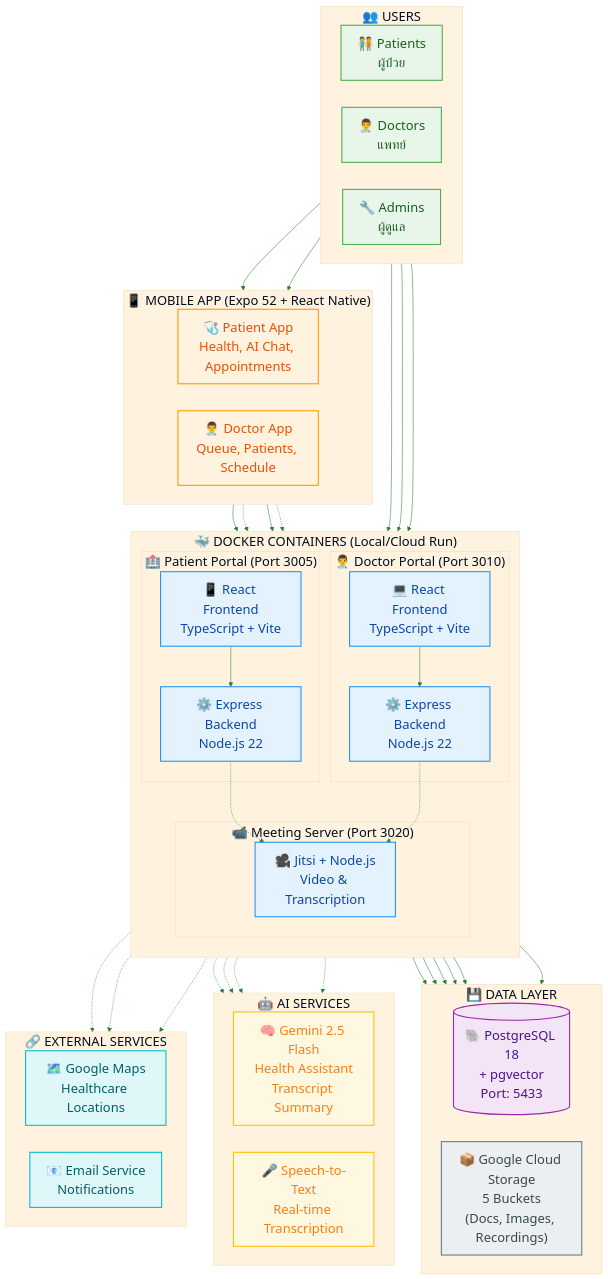
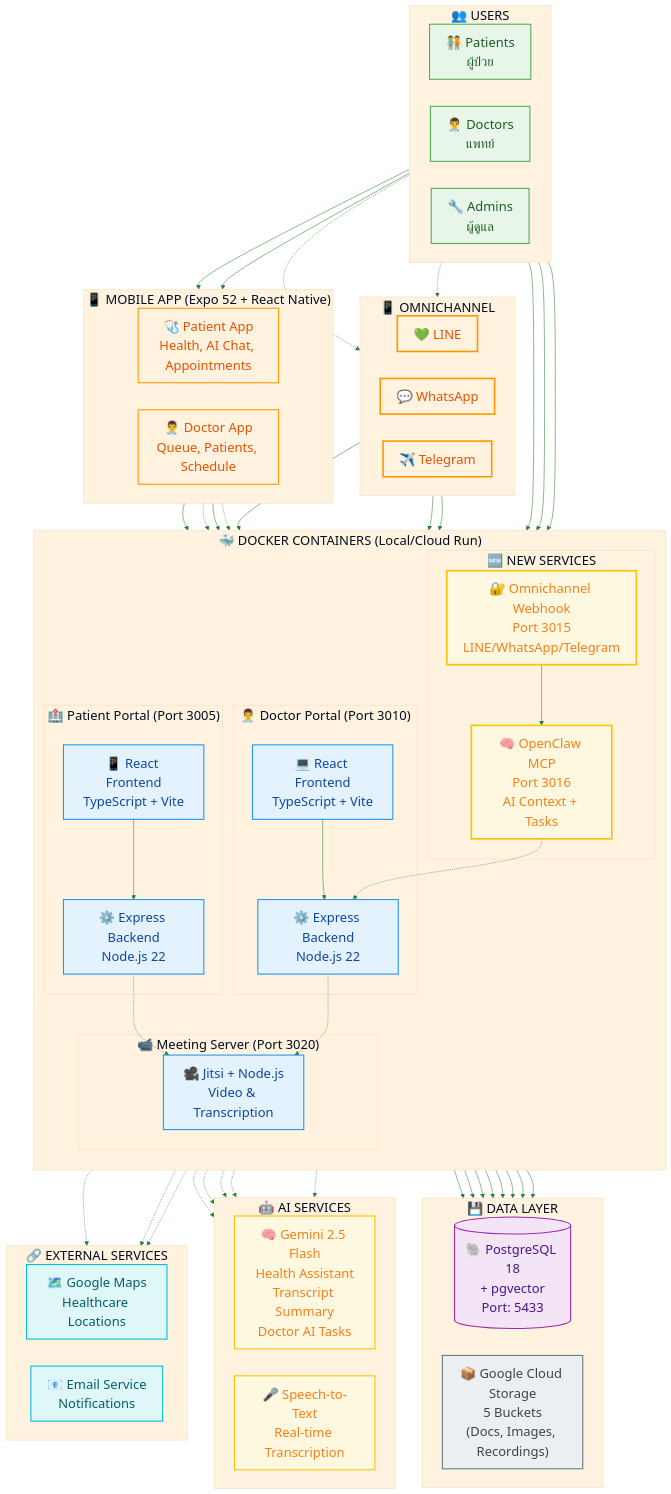
One commit to chiraleo2000/Isara-Anywhere changed the diagram in Presentations/diagrams/01-system-architecture.mmd. Above: the diagram before and after it, drawn with Mermaid. The commit also changed 11 other files, not shown here.

Commit message:
docs: update Presentations folder with DBML v5.1, new omnichannel diagrams, CHANGELOG

```diff
--- a/Presentations/diagrams/01-system-architecture.mmd
+++ b/Presentations/diagrams/01-system-architecture.mmd
@@ -1,118 +1,148 @@
 %%{init: {
   'theme': 'base',
   'themeVariables': {
     'primaryColor': '#E8F5E9',
     'primaryTextColor': '#1B5E20',
     'primaryBorderColor': '#4CAF50',
     'lineColor': '#2E7D32',
     'secondaryColor': '#E3F2FD',
     'tertiaryColor': '#FFF3E0',
     'fontSize': '24px',
     'fontFamily': 'Segoe UI, Arial'
   }
 }}%%
 
 flowchart TB
     subgraph USERS["👥 USERS"]
         direction LR
         P["🧑‍🤝‍🧑 Patients<br/>ผู้ป่วย"]
         D["👨‍⚕️ Doctors<br/>แพทย์"]
         A["🔧 Admins<br/>ผู้ดูแล"]
     end
 
+    subgraph OMNI_CHANNELS["📱 OMNICHANNEL"]
+        direction LR
+        LINE["💚 LINE"]
+        WHATSAPP["💬 WhatsApp"]
+        TELEGRAM["✈️ Telegram"]
+    end
+
     subgraph MOBILE["📱 MOBILE APP (Expo 52 + React Native)"]
         direction LR
         M_PAT["🩺 Patient App<br/>Health, AI Chat, Appointments"]
         M_DOC["👨‍⚕️ Doctor App<br/>Queue, Patients, Schedule"]
     end
 
     subgraph CONTAINERS["🐳 DOCKER CONTAINERS (Local/Cloud Run)"]
         direction TB
+        subgraph NEW_SERVICES["🆕 NEW SERVICES"]
+            OMNI_WH["🔐 Omnichannel Webhook<br/>Port 3015<br/>LINE/WhatsApp/Telegram"]
+            OPENCLAW["🧠 OpenClaw MCP<br/>Port 3016<br/>AI Context + Tasks"]
+        end
         subgraph PP_CONT["🏥 Patient Portal (Port 3005)"]
             PP_FE["📱 React Frontend<br/>TypeScript + Vite"]
             PP_BE["⚙️ Express Backend<br/>Node.js 22"]
         end
         subgraph DP_CONT["👨‍⚕️ Doctor Portal (Port 3010)"]
             DP_FE["💻 React Frontend<br/>TypeScript + Vite"]
             DP_BE["⚙️ Express Backend<br/>Node.js 22"]
         end
         subgraph MS_CONT["📹 Meeting Server (Port 3020)"]
             MS["🎥 Jitsi + Node.js<br/>Video & Transcription"]
         end
     end
 
     subgraph DATA_LAYER["💾 DATA LAYER"]
         direction LR
         POSTGRES[("🐘 PostgreSQL 18<br/>+ pgvector<br/>Port: 5433")]
         GCS["📦 Google Cloud Storage<br/>5 Buckets<br/>(Docs, Images, Recordings)"]
     end
 
     subgraph AI_SERVICES["🤖 AI SERVICES"]
         direction LR
-        GEMINI["🧠 Gemini 2.5 Flash<br/>Health Assistant<br/>Transcript Summary"]
+        GEMINI["🧠 Gemini 2.5 Flash<br/>Health Assistant<br/>Transcript Summary<br/>Doctor AI Tasks"]
         STT["🎤 Speech-to-Text<br/>Real-time Transcription"]
     end
 
     subgraph EXTERNAL["🔗 EXTERNAL SERVICES"]
         direction LR
         MAPS["🗺️ Google Maps<br/>Healthcare Locations"]
         EMAIL["📧 Email Service<br/>Notifications"]
     end
 
+    %% Omnichannel connections
+    LINE --> OMNI_WH
+    WHATSAPP --> OMNI_WH
+    TELEGRAM --> OMNI_WH
+    
+    OMNI_WH --> OPENCLAW
+    OPENCLAW -.-> GEMINI
+    OPENCLAW --> GCS
+
     %% User connections
     P --> PP_FE
     P --> M_PAT
+    P -.-> LINE
+    P -.-> WHATSAPP
     D --> DP_FE
     D --> M_DOC
     A --> DP_FE
 
     %% Mobile to Backend
     M_PAT --> PP_BE
     M_PAT -.-> MS
     M_DOC --> DP_BE
     M_DOC -.-> MS
 
     %% Frontend to Backend
     PP_FE --> PP_BE
     DP_FE --> DP_BE
 
     %% Backend to Database
     PP_BE --> POSTGRES
     DP_BE --> POSTGRES
     MS --> POSTGRES
+    OPENCLAW --> POSTGRES
 
     %% Backend to Storage
     PP_BE --> GCS
     DP_BE --> GCS
     MS --> GCS
 
     %% Backend to AI
     PP_BE -.-> GEMINI
     DP_BE -.-> GEMINI
     MS -.-> STT
     MS -.-> GEMINI
 
     %% Backend to External
     PP_BE -.-> MAPS
     PP_BE -.-> EMAIL
     DP_BE -.-> EMAIL
 
     %% Portal to Meeting Server
     PP_BE -.-> MS
     DP_BE -.-> MS
+    
+    %% MCP to Doctor Portal
+    OPENCLAW -.-> DP_BE
 
     classDef userStyle fill:#E8F5E9,stroke:#4CAF50,stroke-width:2px,color:#1B5E20
+    classDef omniStyle fill:#FFF3E0,stroke:#FF9800,stroke-width:3px,color:#E65100
+    classDef newServiceStyle fill:#FFF8E1,stroke:#FFC107,stroke-width:3px,color:#F57F17
     classDef containerStyle fill:#E3F2FD,stroke:#2196F3,stroke-width:2px,color:#0D47A1
     classDef mobileStyle fill:#FFF3E0,stroke:#FF9800,stroke-width:2px,color:#E65100
     classDef dbStyle fill:#F3E5F5,stroke:#9C27B0,stroke-width:2px,color:#4A148C
     classDef storageStyle fill:#ECEFF1,stroke:#607D8B,stroke-width:2px,color:#37474F
     classDef aiStyle fill:#FFF8E1,stroke:#FFC107,stroke-width:2px,color:#F57F17
     classDef serviceStyle fill:#E0F7FA,stroke:#00BCD4,stroke-width:2px,color:#006064
 
     class P,D,A userStyle
+    class LINE,WHATSAPP,TELEGRAM omniStyle
+    class OMNI_WH,OPENCLAW newServiceStyle
     class PP_FE,PP_BE,DP_FE,DP_BE,MS containerStyle
     class M_PAT,M_DOC mobileStyle
     class POSTGRES dbStyle
     class GCS storageStyle
     class GEMINI,STT aiStyle
     class MAPS,EMAIL serviceStyle
```
